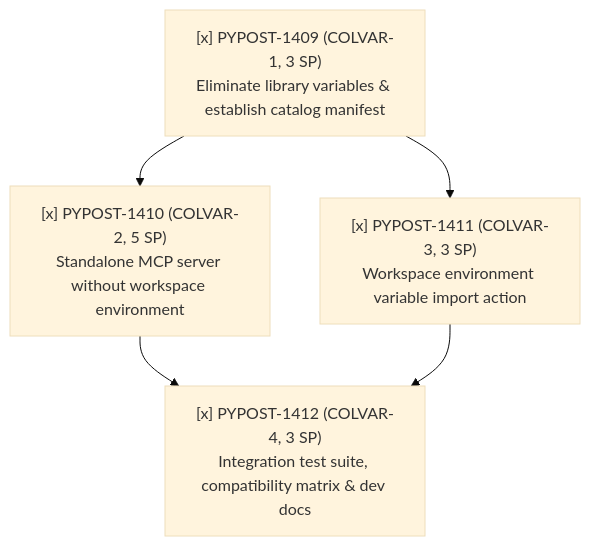
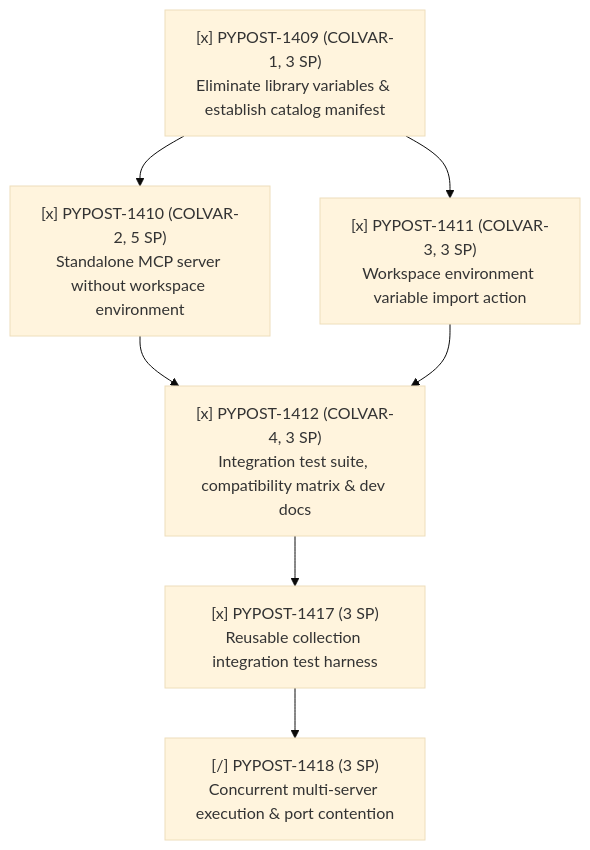
The seventh of 7 diagrams in doc/dev/collection_scoped_variables.md (koctep/pypost), drawn with Mermaid (base theme) before and after one commit. The commit also changed other lines of this file and 11 other files, not shown here.

Commit message:
feat(mcp): concurrent multi-server lifecycle and port contention testing [PYPOST-1418]

````diff
--- a/doc/dev/collection_scoped_variables.md
+++ b/doc/dev/collection_scoped_variables.md
@@ -709,12 +760,16 @@
 ```mermaid
 flowchart TD
     COLVAR1["[x] PYPOST-1409 (COLVAR-1, 3 SP)<br/>Eliminate library variables & establish catalog manifest"]
     COLVAR2["[x] PYPOST-1410 (COLVAR-2, 5 SP)<br/>Standalone MCP server without workspace environment"]
     COLVAR3["[x] PYPOST-1411 (COLVAR-3, 3 SP)<br/>Workspace environment variable import action"]
     COLVAR4["[x] PYPOST-1412 (COLVAR-4, 3 SP)<br/>Integration test suite, compatibility matrix & dev docs"]
+    HARNESS["[x] PYPOST-1417 (3 SP)<br/>Reusable collection integration test harness"]
+    CONCURRENCY["[/] PYPOST-1418 (3 SP)<br/>Concurrent multi-server execution & port contention"]
 
     COLVAR1 --> COLVAR2
     COLVAR1 --> COLVAR3
     COLVAR2 --> COLVAR4
     COLVAR3 --> COLVAR4
+    COLVAR4 --> HARNESS
+    HARNESS --> CONCURRENCY
 ```
````
